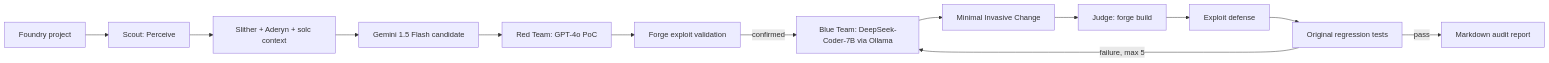
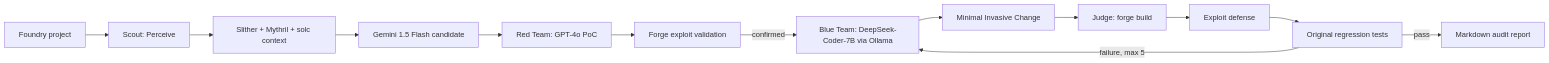
Before and after one commit to Chinmay2121/sentinel-cli: the diagram in README.md, drawn with Mermaid. The commit also changed other lines of this file and 21 other files, not shown here.

````diff
--- a/README.md
+++ b/README.md
@@ -7,15 +15,15 @@
 ```mermaid
 flowchart LR
     A[Foundry project] --> B[Scout: Perceive]
-    B --> C[Slither + Aderyn + solc context]
+    B --> C[Slither + Mythril + solc context]
     C --> D[Gemini 1.5 Flash candidate]
     D --> E[Red Team: GPT-4o PoC]
     E --> F[Forge exploit validation]
     F -->|confirmed| G[Blue Team: DeepSeek-Coder-7B via Ollama]
     G --> H[Minimal Invasive Change]
     H --> I[Judge: forge build]
     I --> J[Exploit defense]
     J --> K[Original regression tests]
     K -->|failure, max 5| G
     K -->|pass| L[Markdown audit report]
 ```
````
